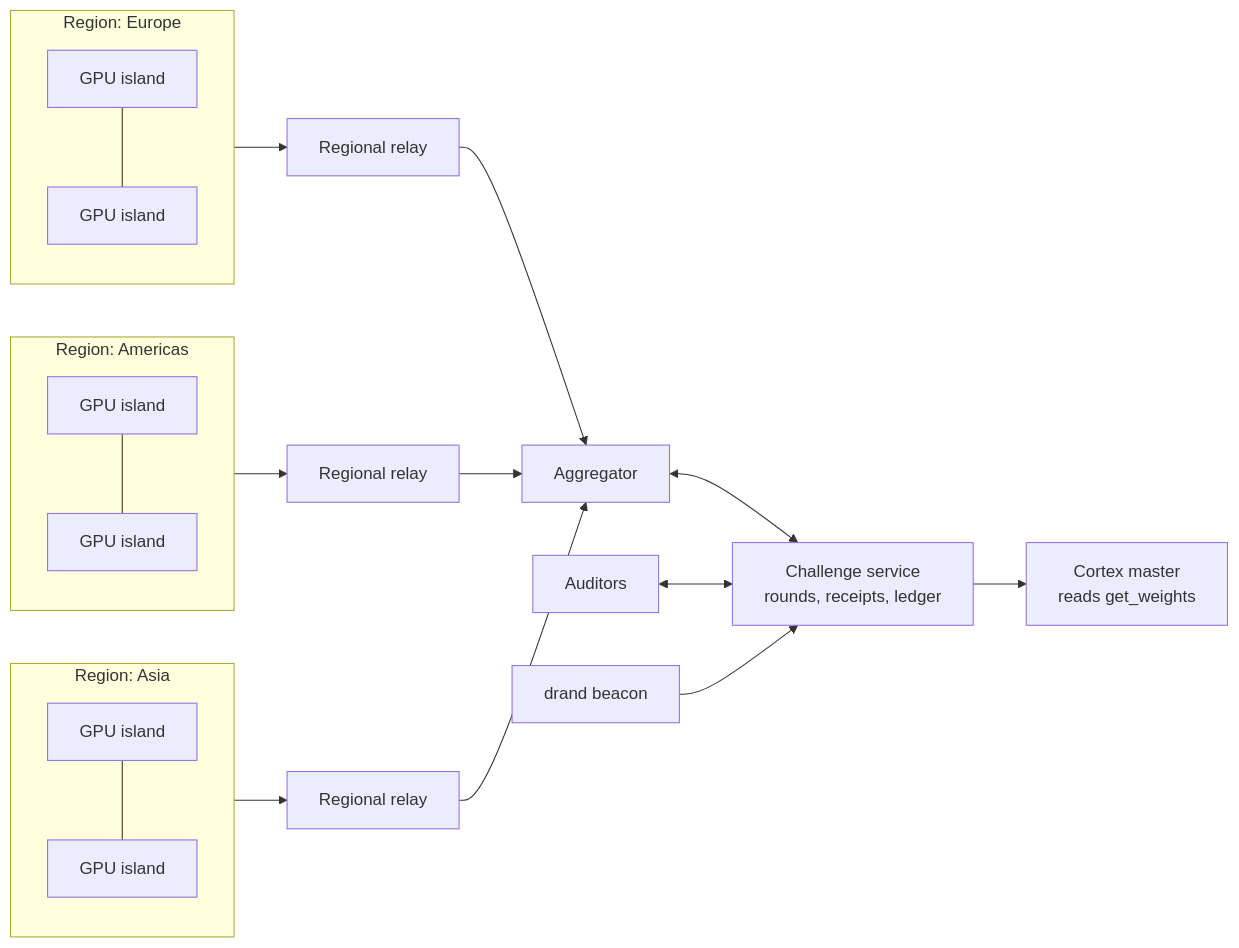
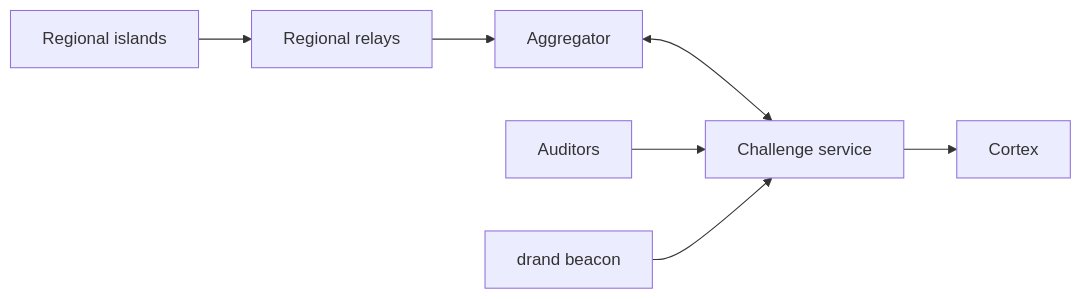
Before and after one commit to CortexLM/hypertrain: the second of 3 diagrams in README.md, drawn with Mermaid. The commit also changed other lines of this file and 1 other file, not shown here.

Commit message:
README: badges, research disclaimer, compact diagrams; publish.sh emptiness check

````diff
--- a/README.md
+++ b/README.md
@@ -63,22 +68,7 @@
 ```mermaid
 flowchart LR
-    subgraph EU["Region: Europe"]
-        E1["GPU island"] --- E2["GPU island"]
-    end
-    subgraph US["Region: Americas"]
-        U1["GPU island"] --- U2["GPU island"]
-    end
-    subgraph AS["Region: Asia"]
-        S1["GPU island"] --- S2["GPU island"]
-    end
-    EU --> RE["Regional relay"]
-    US --> RU["Regional relay"]
-    AS --> RA["Regional relay"]
-    RE --> AGG["Aggregator"]
-    RU --> AGG
-    RA --> AGG
-    AGG <--> CH["Challenge service<br/>rounds, receipts, ledger"]
-    AUD["Auditors"] <--> CH
-    BEA["drand beacon"] --> CH
-    CH --> CX["Cortex master<br/>reads get_weights"]
+    R["Regional islands"] --> L["Regional relays"] --> G["Aggregator"] <--> C["Challenge service"]
+    A["Auditors"] --> C
+    B["drand beacon"] --> C
+    C --> X["Cortex"]
 ```
````
